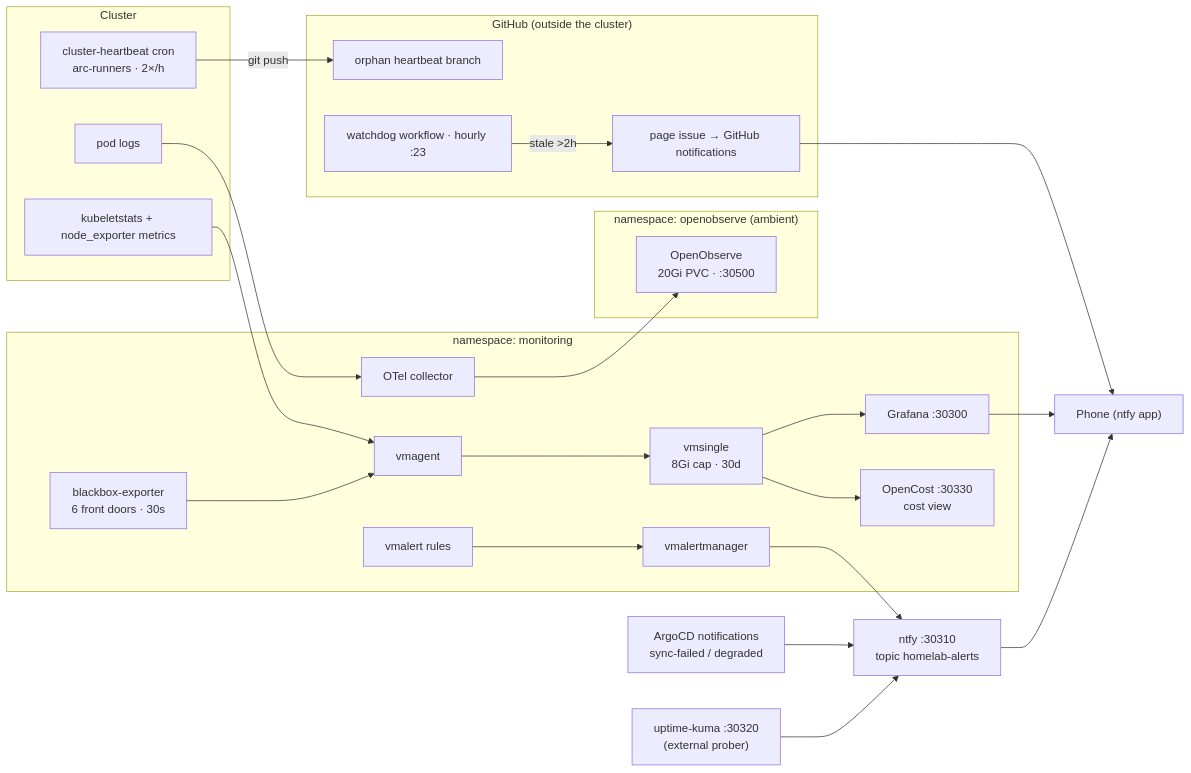
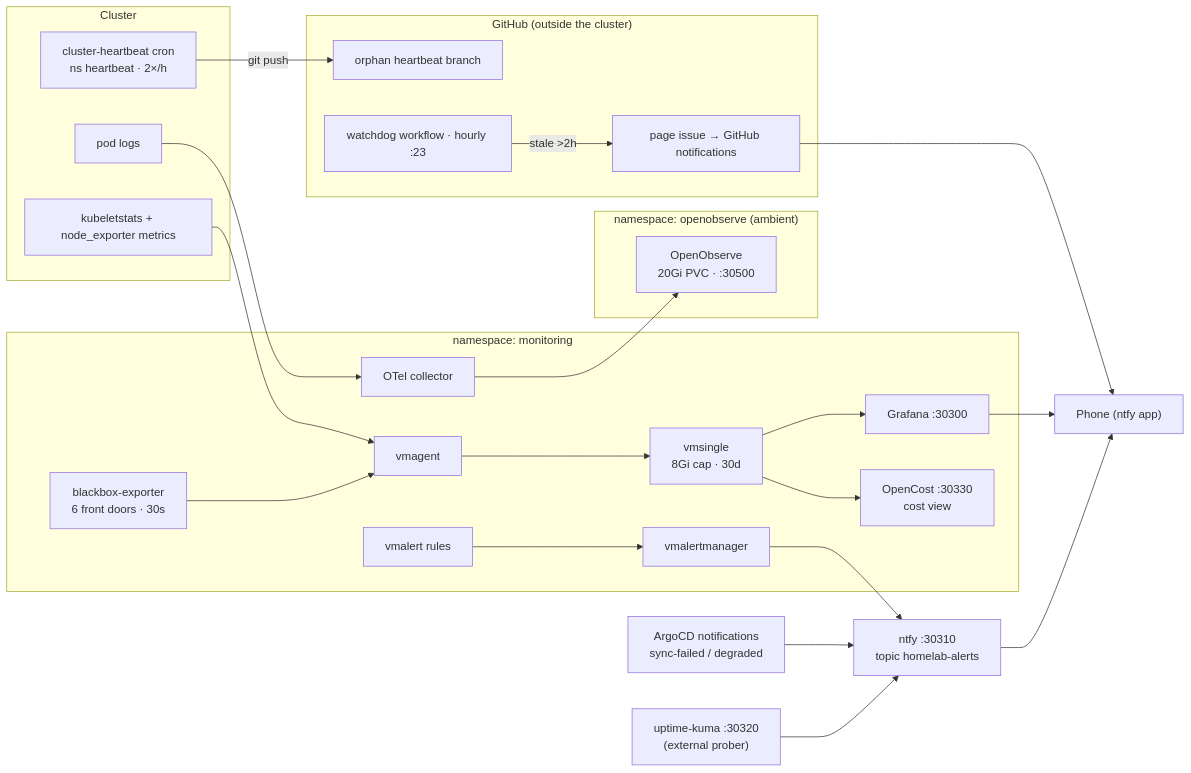
The sixth of 9 diagrams in docs/architecture.md (Blacklotus89898/Homelab), drawn with Mermaid before and after one commit. The commit also changed other lines of this file and 17 other files, not shown here.

````diff
--- a/docs/architecture.md
+++ b/docs/architecture.md
@@ -256,38 +242,38 @@
 ```mermaid
 flowchart LR
   subgraph sources["Cluster"]
     PODS["pod logs"]
     KUBE["kubeletstats + node_exporter metrics"]
-    HB["cluster-heartbeat cron<br/>arc-runners · 2×/h"]
+    HB["cluster-heartbeat cron<br/>ns heartbeat · 2×/h"]
   end
   subgraph mon["namespace: monitoring"]
     COLL["OTel collector"]
     BBX["blackbox-exporter<br/>6 front doors · 30s"]
     BBX --> VMA["vmagent"] --> VMS["vmsingle<br/>8Gi cap · 30d"]
     VMS --> GRAF["Grafana :30300"]
     VMS --> OCST["OpenCost :30330<br/>cost view"]
     VMAL["vmalert rules"] --> VMM["vmalertmanager"]
   end
   subgraph oons["namespace: openobserve (ambient)"]
     OO["OpenObserve<br/>20Gi PVC · :30500"]
   end
   subgraph gh["GitHub (outside the cluster)"]
     BR["orphan heartbeat branch"]
     WD["watchdog workflow · hourly :23"]
     ISS["page issue → GitHub notifications"]
   end
   NTFY["ntfy :30310<br/>topic homelab-alerts"]
   KUMA["uptime-kuma :30320<br/>(external prober)"]
   ARGN["ArgoCD notifications<br/>sync-failed / degraded"]
   PHONE["Phone (ntfy app)"]
   PODS --> COLL --> OO
   KUBE --> VMA
   VMM --> NTFY
   KUMA --> NTFY
   ARGN --> NTFY
   NTFY --> PHONE
   GRAF --> PHONE
   HB -->|"git push"| BR
   WD -->|"stale >2h"| ISS
   ISS --> PHONE
 ```
````
